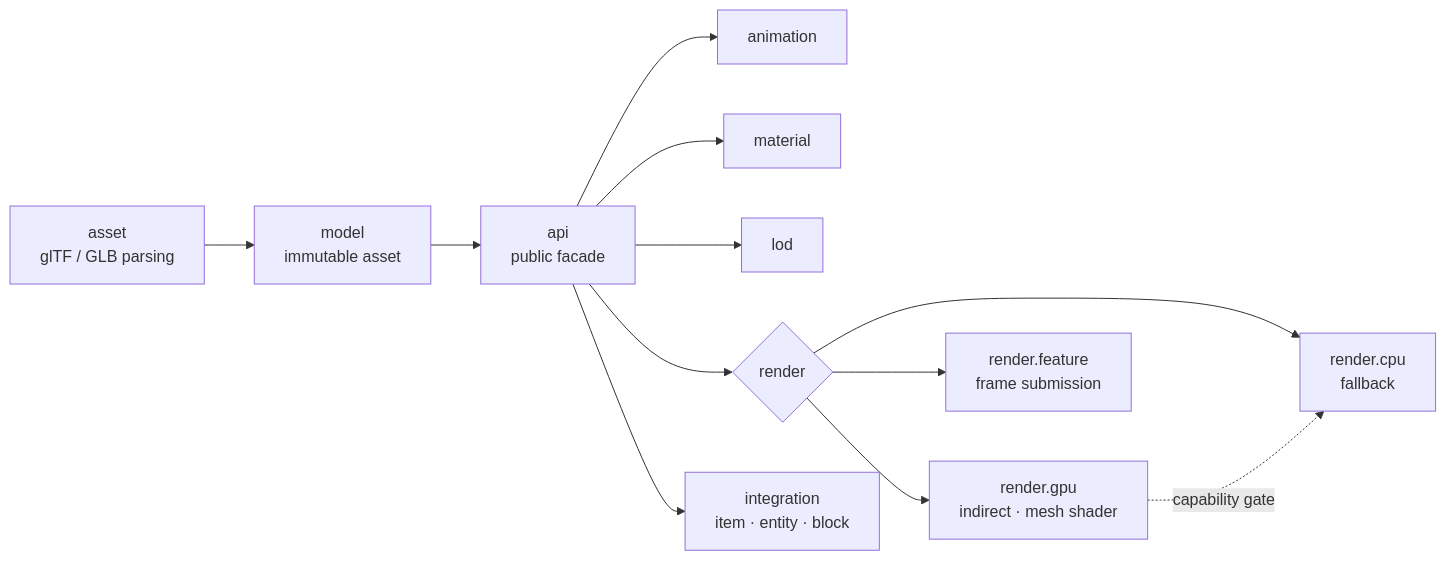
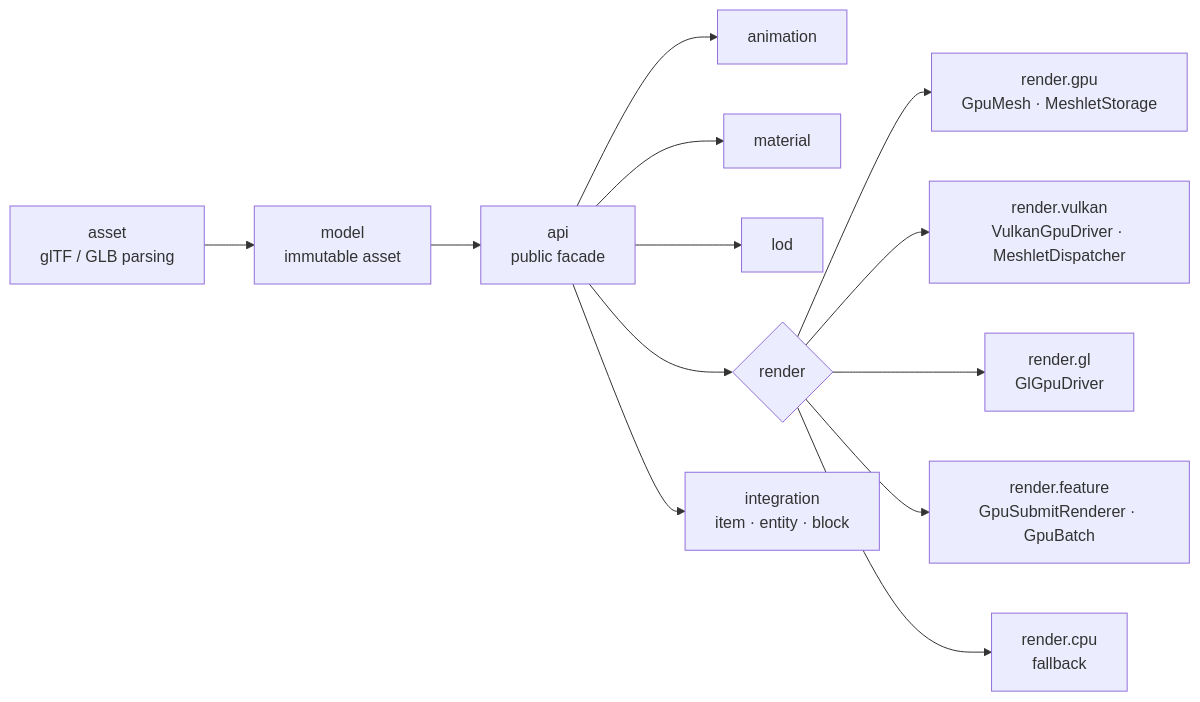
Before and after one commit to Micheanl/libglTF: the diagram in README.md, drawn with Mermaid. The commit also changed other lines of this file and 1 other file, not shown here.

````diff
--- a/README.md
+++ b/README.md
@@ -87,14 +102,15 @@
 ```mermaid
 flowchart LR
     A["asset<br/>glTF / GLB parsing"] --> M["model<br/>immutable asset"]
     M --> API["api<br/>public facade"]
     API --> AN["animation"]
     API --> MAT["material"]
     API --> LOD["lod"]
     API --> R{"render"}
-    R --> GPU["render.gpu<br/>indirect · mesh shader"]
+    R --> GPU["render.gpu<br/>GpuMesh · MeshletStorage"]
+    R --> VK["render.vulkan<br/>VulkanGpuDriver · MeshletDispatcher"]
+    R --> GL["render.gl<br/>GlGpuDriver"]
+    R --> F["render.feature<br/>GpuSubmitRenderer · GpuBatch"]
     R --> CPU["render.cpu<br/>fallback"]
-    R --> F["render.feature<br/>frame submission"]
     API --> INT["integration<br/>item · entity · block"]
-    GPU -.capability gate.-> CPU
 ```
````
